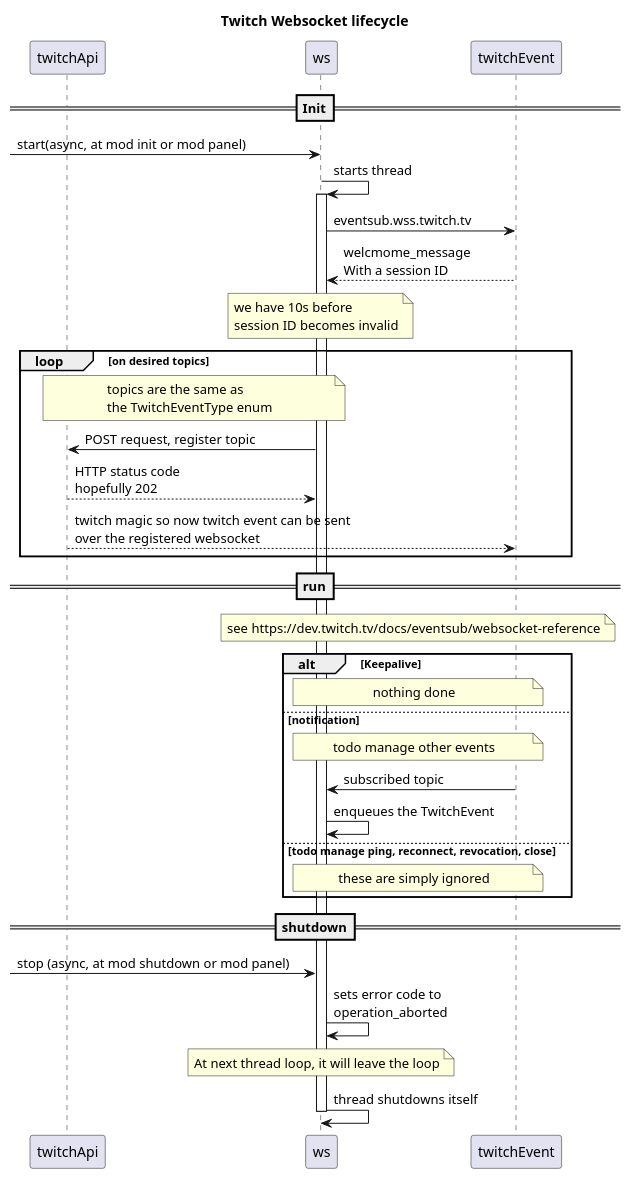
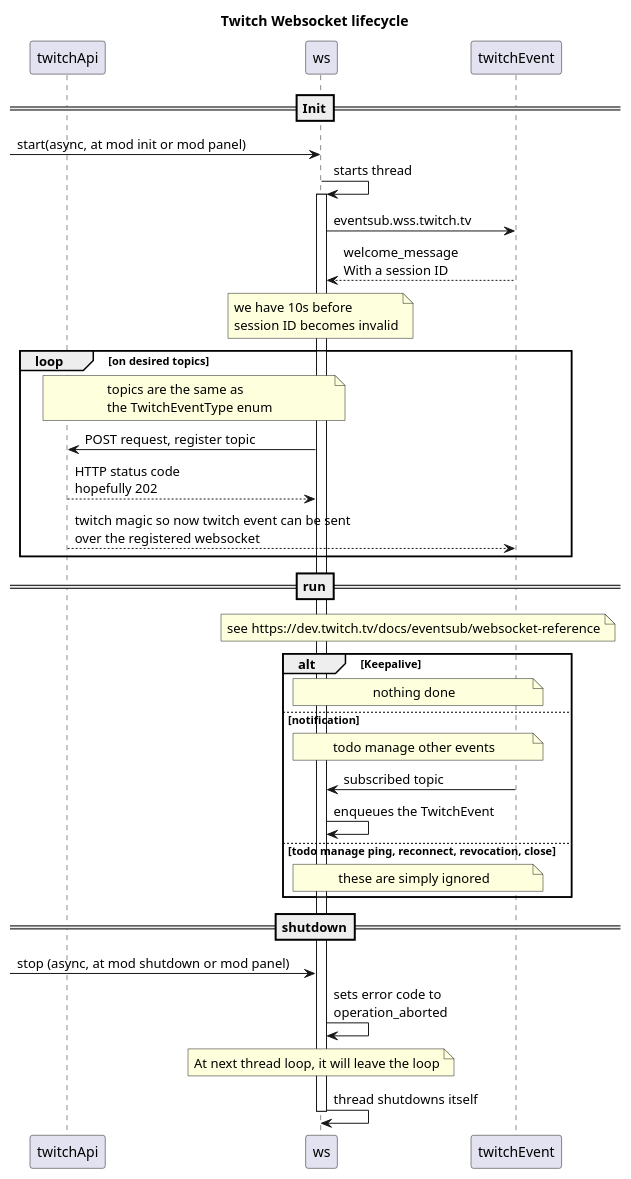
One commit to Noaseto/TwitchLoader changed the diagram in docs/WebsocketLifeCycle.puml. Above: the diagram before and after it, drawn with PlantUML. The commit also changed 3 other files, not shown here.

```diff
--- a/docs/WebsocketLifeCycle.puml
+++ b/docs/WebsocketLifeCycle.puml
@@ -1,42 +1,43 @@
 @startuml
 ==Init==
 title "Twitch Websocket lifecycle"
 ->ws: start(async, at mod init or mod panel)
 ' members definition
 participant twitchApi as api
 participant websocketClientClass as ws
 participant twitchEvent as event
 
 ws->ws:starts thread
 activate ws
+' todo add client_id retrieval
 ws->event:eventsub.wss.twitch.tv
-event-->ws:welcmome_message\nWith a session ID
+event-->ws:welcome_message\nWith a session ID
 note over ws:we have 10s before\nsession ID becomes invalid
 
 loop on desired topics
 note over api, ws:topics are the same as\nthe TwitchEventType enum
 ws->api:POST request, register topic
 api-->ws:HTTP status code\nhopefully 202
 api-->event:twitch magic so now twitch event can be sent\nover the registered websocket
 end
 
 ==run==
 note over ws, event:see https://dev.twitch.tv/docs/eventsub/websocket-reference
 alt Keepalive
 note over ws, event: nothing done
 else notification
 note over ws,event:todo manage other events
 event -> ws:subscribed topic
 ws->ws:enqueues the TwitchEvent
 else todo manage ping, reconnect, revocation, close
 note over ws, event: these are simply ignored
 end
 
 ==shutdown==
 ->ws:stop (async, at mod shutdown or mod panel)
 ws->ws: sets error code to\noperation_aborted
 note over ws:At next thread loop, it will leave the loop
 ws->ws:thread shutdowns itself
 deactivate ws
 
 @enduml
```
